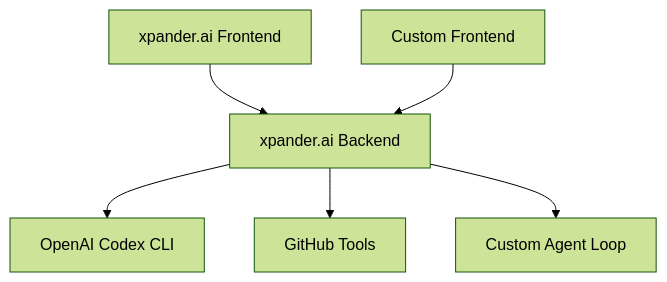
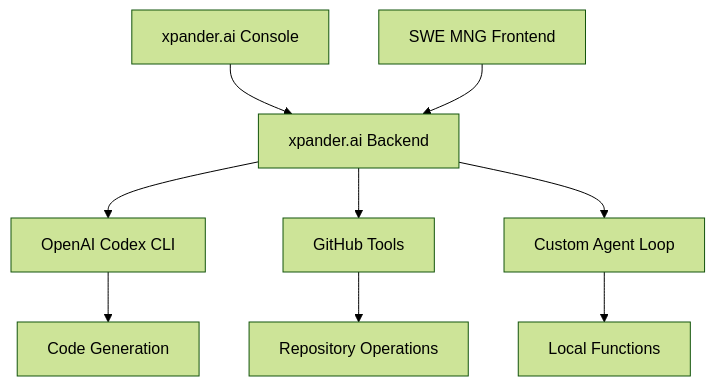
The diagram in workshops/swe-cloud-agent-workshop/index.mdx (xpander-ai/docs), drawn with Mermaid (forest theme) before and after one commit. The commit also changed other lines of this file, not shown here.

````diff
--- a/workshops/swe-cloud-agent-workshop/index.mdx
+++ b/workshops/swe-cloud-agent-workshop/index.mdx
@@ -15,8 +24,11 @@
 ```mermaid
 graph TB
-    X[xpander.ai Frontend] --> B[xpander.ai Backend]
-    A[Custom Frontend] --> B[xpander.ai Backend]
+    X[xpander.ai Console] --> B[xpander.ai Backend]
+    A[SWE MNG Frontend] --> B[xpander.ai Backend]
     B --> C[OpenAI Codex CLI]
     B --> D[GitHub Tools]
     B --> E[Custom Agent Loop]
+    C --> F[Code Generation]
+    D --> G[Repository Operations]
+    E --> H[Local Functions]
 ```
````
